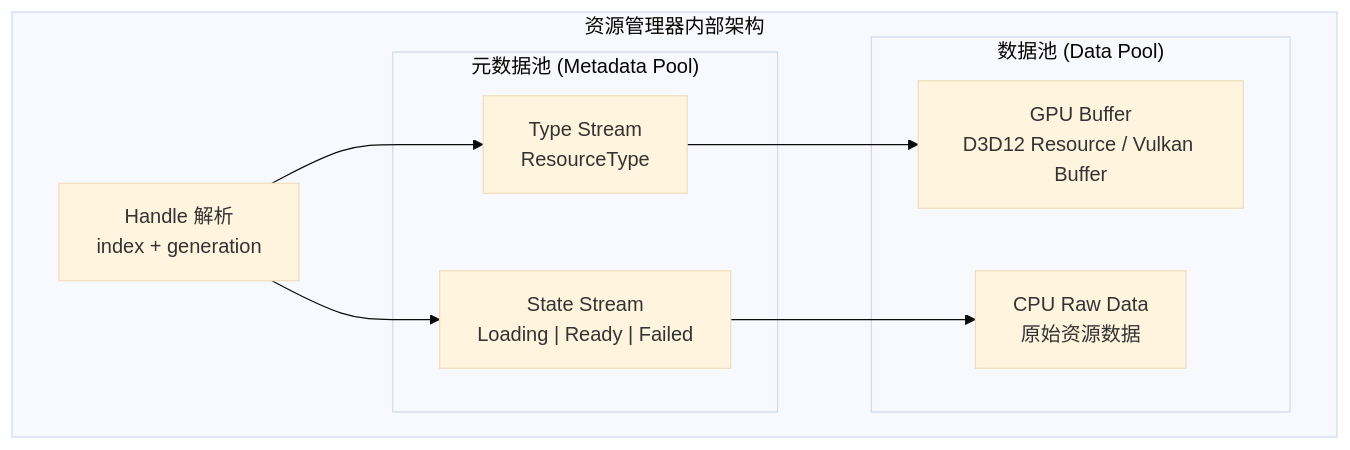
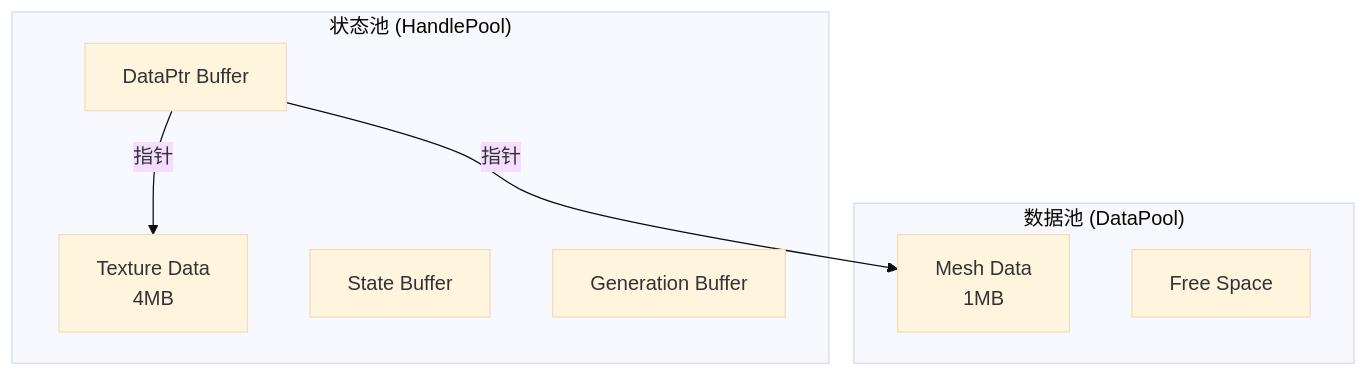
The second of 3 diagrams in src/posts/DX12Engine/ResourceSystem/ResourceManager.md (Gunxzq/blog), drawn with Mermaid (base theme) before and after one commit. The commit also changed other lines of this file and 3 other files, not shown here.

````diff
--- a/src/posts/DX12Engine/ResourceSystem/ResourceManager.md
+++ b/src/posts/DX12Engine/ResourceSystem/ResourceManager.md
@@ -72,21 +68,18 @@
 ```mermaid
 graph TB
-    subgraph 资源管理器内部架构
-        H["Handle 解析<br/>index + generation"]
-        
-        subgraph 元数据池 ["元数据池 (Metadata Pool)"]
-            MT["Type Stream<br/>ResourceType"]
-            MS["State Stream<br/>Loading | Ready | Failed"]
-        end
-        
-        subgraph 数据池 ["数据池 (Data Pool)"]
-            GPU["GPU Buffer<br/>D3D12 Resource / Vulkan Buffer"]
-            CPU["CPU Raw Data<br/>原始资源数据"]
-        end
+    subgraph HandlePool["状态池 (HandlePool)"]
+        T["Type Buffer"]
+        S["State Buffer"]
+        G["Generation Buffer"]
+        P["DataPtr Buffer"]
     end
-    
-    H --> MT
-    H --> MS
-    MT --> GPU
-    MS --> CPU
+
+    subgraph DataPool["数据池 (DataPool)"]
+        M["Mesh Data<br/>1MB"]
+        T["Texture Data<br/>4MB"]
+        F["Free Space"]
+    end
+
+    P -->|"指针"| M
+    P -->|"指针"| T
 ```
````
